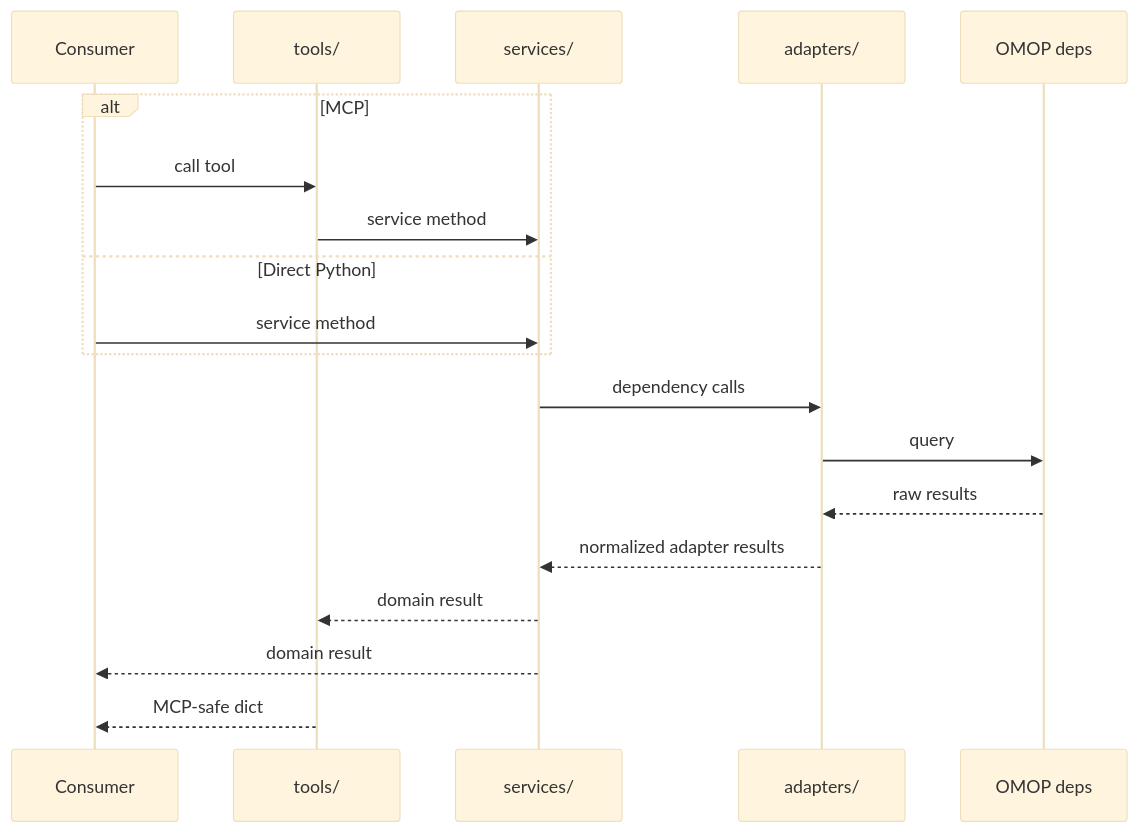
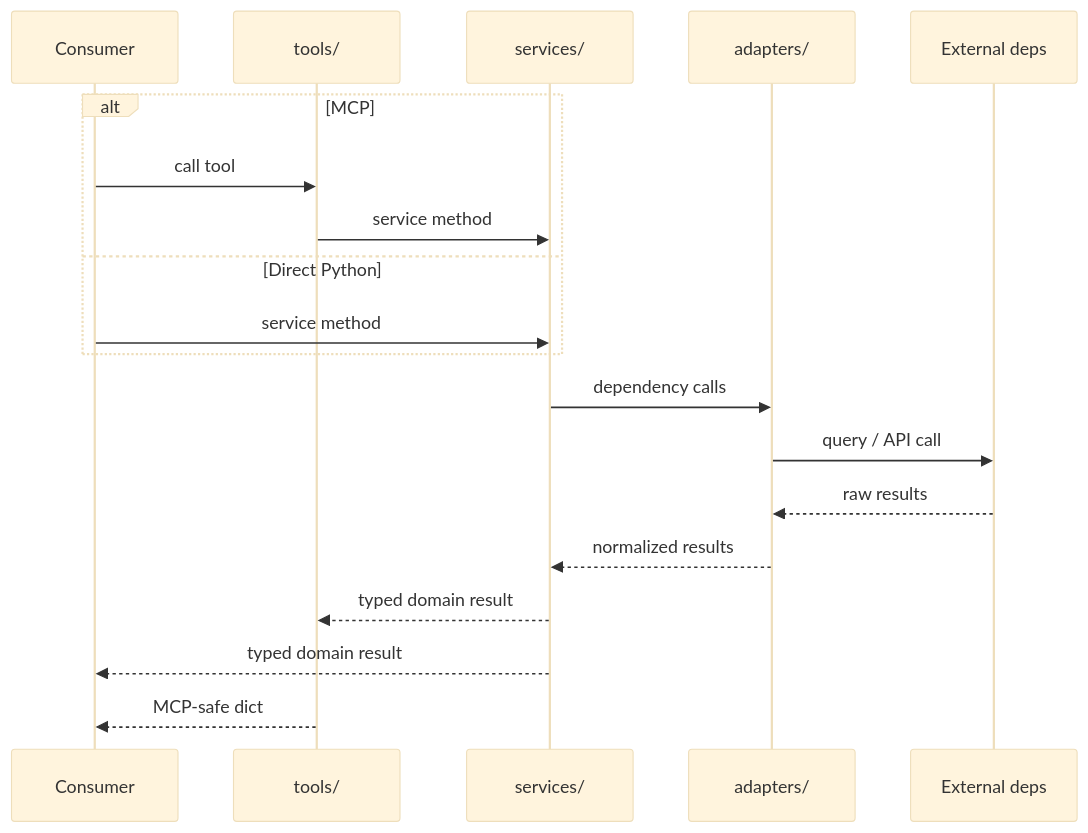
The second of 3 diagrams in docs/architecture.md (AustralianCancerDataNetwork/groundworkers), drawn with Mermaid (base theme) before and after one commit. The commit also changed other lines of this file and 13 other files, not shown here.

````diff
--- a/docs/architecture.md
+++ b/docs/architecture.md
@@ -79,22 +94,22 @@
 ```mermaid
 sequenceDiagram
     participant C as Consumer
     participant T as tools/
     participant S as services/
     participant A as adapters/
-    participant D as OMOP deps
+    participant D as External deps
 
     alt MCP
         C->>T: call tool
         T->>S: service method
     else Direct Python
         C->>S: service method
     end
     S->>A: dependency calls
-    A->>D: query
+    A->>D: query / API call
     D-->>A: raw results
-    A-->>S: normalized adapter results
-    S-->>T: domain result
-    S-->>C: domain result
+    A-->>S: normalized results
+    S-->>T: typed domain result
+    S-->>C: typed domain result
     T-->>C: MCP-safe dict
 ```
````
